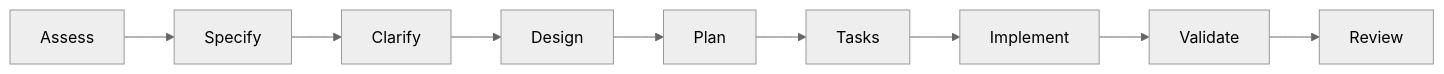
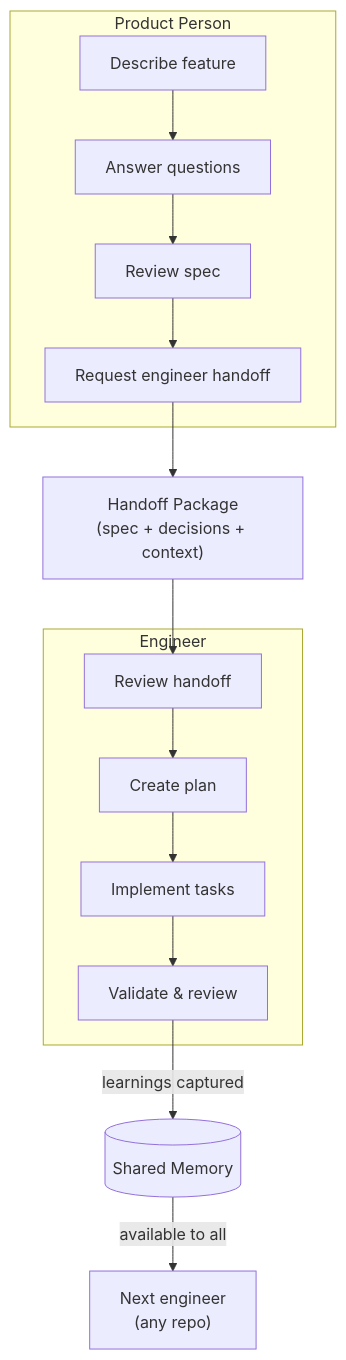
One commit to araserel/sigil-os changed the second of 4 diagrams in prism-plugin/docs/multi-team-workflow.md. Above: the diagram before and after it, drawn with Mermaid. The commit also changed other lines of this file and 1 other file, not shown here.

````diff
--- a/prism-plugin/docs/multi-team-workflow.md
+++ b/prism-plugin/docs/multi-team-workflow.md
@@ -17,15 +50,21 @@
 ```mermaid
----
-config:
-  theme: neutral
----
-flowchart LR
-    A["Assess"] --> B["Specify"]
-    B --> C["Clarify"]
-    C --> D["Design"]
-    D --> E["Plan"]
-    E --> F["Tasks"]
-    F --> G["Implement"]
-    G --> H["Validate"]
-    H --> I["Review"]
+flowchart TD
+    subgraph Product["Product Person"]
+        P1["Describe feature"] --> P2["Answer questions"]
+        P2 --> P3["Review spec"]
+        P3 --> P4["Request engineer handoff"]
+    end
+
+    P4 --> HP["Handoff Package\n(spec + decisions + context)"]
+
+    subgraph Engineering["Engineer"]
+        E1["Review handoff"] --> E2["Create plan"]
+        E2 --> E3["Implement tasks"]
+        E3 --> E4["Validate & review"]
+    end
+
+    HP --> E1
+
+    E4 -->|"learnings captured"| DB2[("Shared Memory")]
+    DB2 -->|"available to all"| E5["Next engineer\n(any repo)"]
 ```
````
